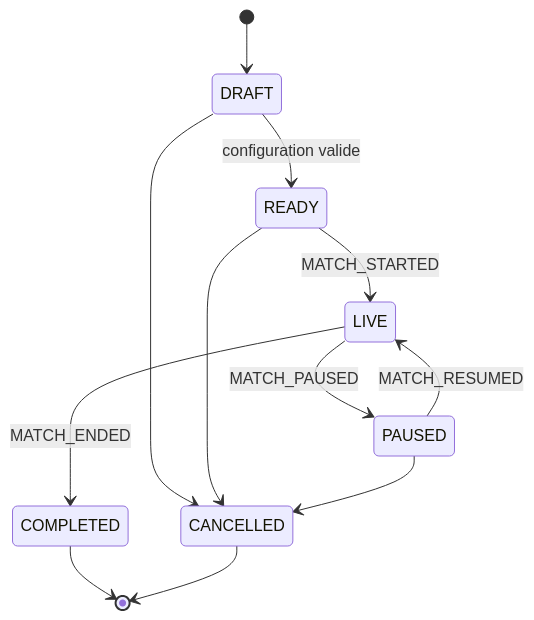
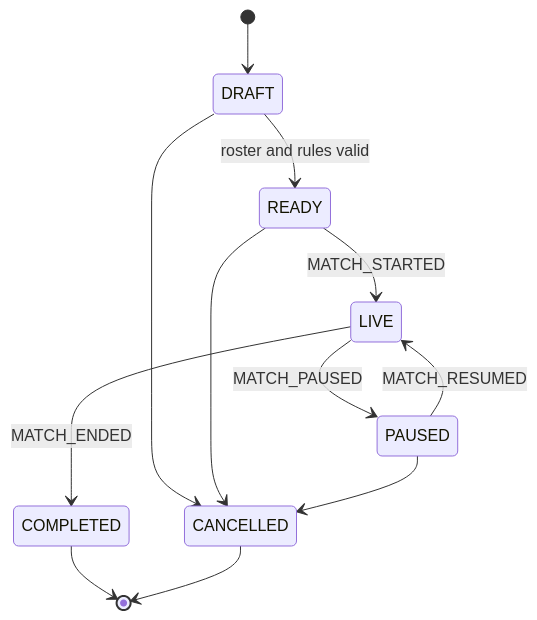
The eighth of 8 diagrams in TO_DO/VolleyLive_Architecture_Data_Synchronization_Implementation_Specification.md (denisdelaveau-stat/Volley_statistics), drawn with Mermaid before and after one commit. The commit also changed other lines of this file and 1 other file, not shown here.

First line of the commit message:
TO_DO: data architecture and synchronization spec v1.3.0 (reviewed and aligned)

````diff
--- a/TO_DO/VolleyLive_Architecture_Data_Synchronization_Implementation_Specification.md
+++ b/TO_DO/VolleyLive_Architecture_Data_Synchronization_Implementation_Specification.md
@@ -1805,14 +1690,14 @@
 ```mermaid
 stateDiagram-v2
     [*] --> DRAFT
-    DRAFT --> READY: configuration valide
+    DRAFT --> READY: roster and rules valid
     READY --> LIVE: MATCH_STARTED
     LIVE --> PAUSED: MATCH_PAUSED
     PAUSED --> LIVE: MATCH_RESUMED
     LIVE --> COMPLETED: MATCH_ENDED
     DRAFT --> CANCELLED
     READY --> CANCELLED
     PAUSED --> CANCELLED
     COMPLETED --> [*]
     CANCELLED --> [*]
 ```
````
